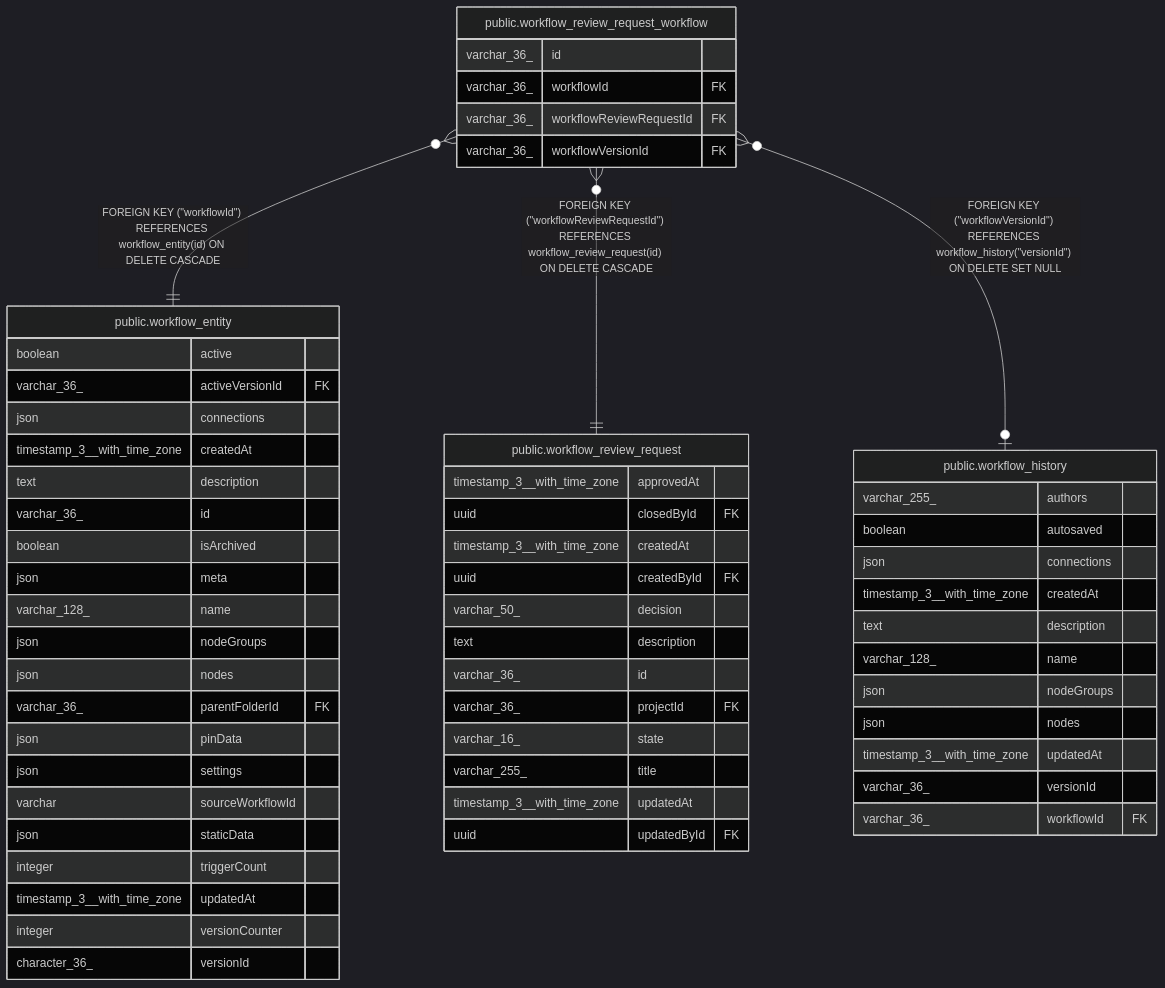
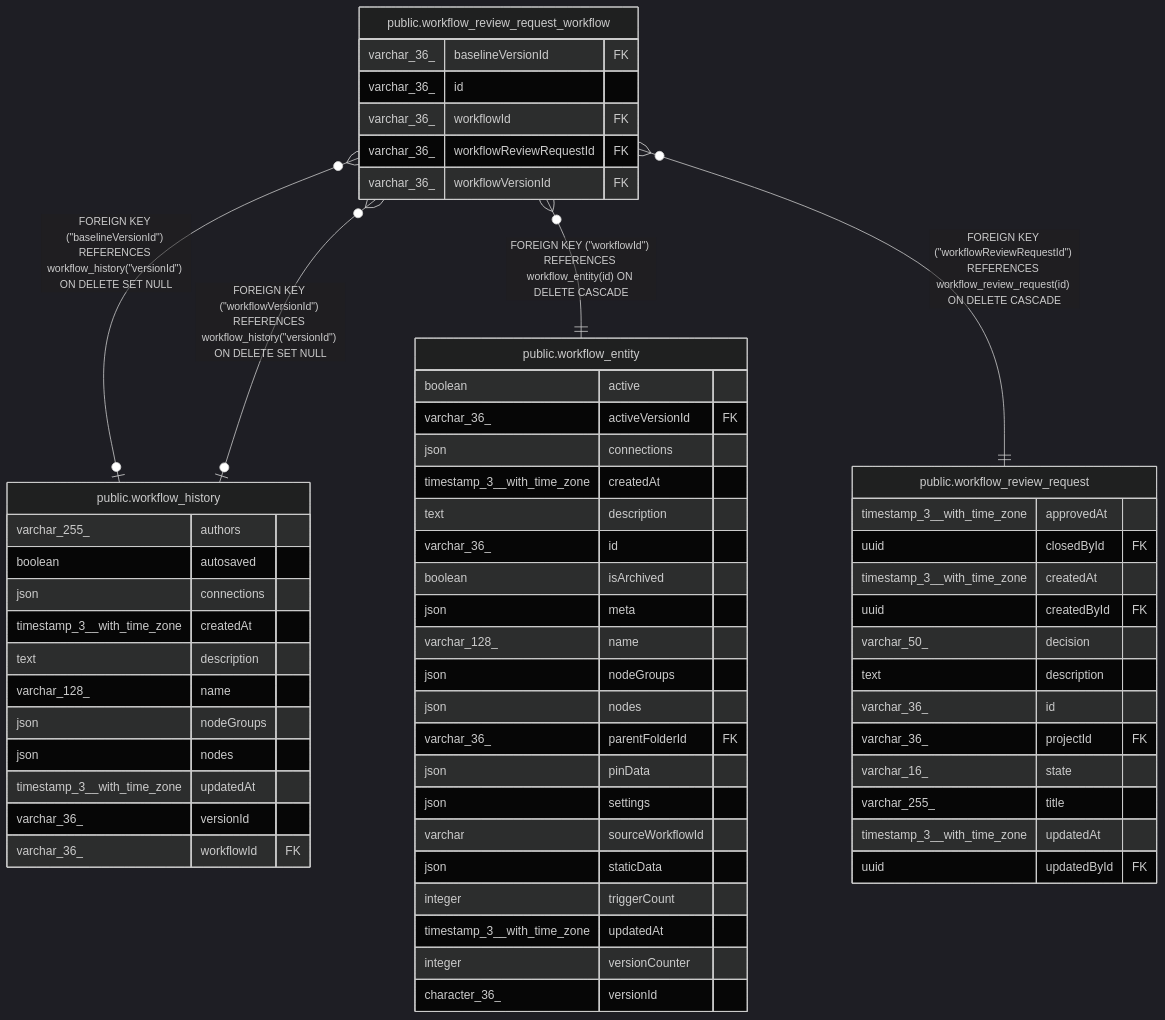
The diagram in docs/generated/postgres-schema/public.workflow_review_request_workflow.md (mayankjain1815-commits/n8n), drawn with Mermaid (dark theme) before and after one commit. The commit also changed other lines of this file and 13 other files, not shown here.

First line of the commit message:
feat(db): Add baselineVersionId to workflow_review_request_workflow (no-changelog)

````diff
--- a/docs/generated/postgres-schema/public.workflow_review_request_workflow.md
+++ b/docs/generated/postgres-schema/public.workflow_review_request_workflow.md
@@ -34,63 +36,65 @@
 ```mermaid
 erDiagram
 
+"public.workflow_review_request_workflow" }o--o| "public.workflow_history" : "FOREIGN KEY (#quot;baselineVersionId#quot;) REFERENCES workflow_history(#quot;versionId#quot;) ON DELETE SET NULL"
 "public.workflow_review_request_workflow" }o--|| "public.workflow_entity" : "FOREIGN KEY (#quot;workflowId#quot;) REFERENCES workflow_entity(id) ON DELETE CASCADE"
 "public.workflow_review_request_workflow" }o--|| "public.workflow_review_request" : "FOREIGN KEY (#quot;workflowReviewRequestId#quot;) REFERENCES workflow_review_request(id) ON DELETE CASCADE"
 "public.workflow_review_request_workflow" }o--o| "public.workflow_history" : "FOREIGN KEY (#quot;workflowVersionId#quot;) REFERENCES workflow_history(#quot;versionId#quot;) ON DELETE SET NULL"
 
 "public.workflow_review_request_workflow" {
+  varchar_36_ baselineVersionId FK
   varchar_36_ id
   varchar_36_ workflowId FK
   varchar_36_ workflowReviewRequestId FK
   varchar_36_ workflowVersionId FK
+}
+"public.workflow_history" {
+  varchar_255_ authors
+  boolean autosaved
+  json connections
+  timestamp_3__with_time_zone createdAt
+  text description
+  varchar_128_ name
+  json nodeGroups
+  json nodes
+  timestamp_3__with_time_zone updatedAt
+  varchar_36_ versionId
+  varchar_36_ workflowId FK
 }
 "public.workflow_entity" {
   boolean active
   varchar_36_ activeVersionId FK
   json connections
   timestamp_3__with_time_zone createdAt
   text description
   varchar_36_ id
   boolean isArchived
   json meta
   varchar_128_ name
   json nodeGroups
   json nodes
   varchar_36_ parentFolderId FK
   json pinData
   json settings
   varchar sourceWorkflowId
   json staticData
   integer triggerCount
   timestamp_3__with_time_zone updatedAt
   integer versionCounter
   character_36_ versionId
 }
 "public.workflow_review_request" {
   timestamp_3__with_time_zone approvedAt
   uuid closedById FK
   timestamp_3__with_time_zone createdAt
   uuid createdById FK
   varchar_50_ decision
   text description
   varchar_36_ id
   varchar_36_ projectId FK
   varchar_16_ state
   varchar_255_ title
   timestamp_3__with_time_zone updatedAt
   uuid updatedById FK
 }
-"public.workflow_history" {
-  varchar_255_ authors
-  boolean autosaved
-  json connections
-  timestamp_3__with_time_zone createdAt
-  text description
-  varchar_128_ name
-  json nodeGroups
-  json nodes
-  timestamp_3__with_time_zone updatedAt
-  varchar_36_ versionId
-  varchar_36_ workflowId FK
-}
 ```
````
